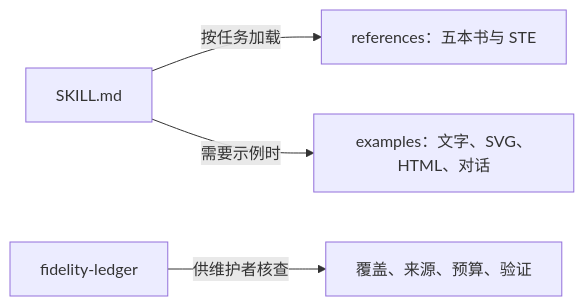
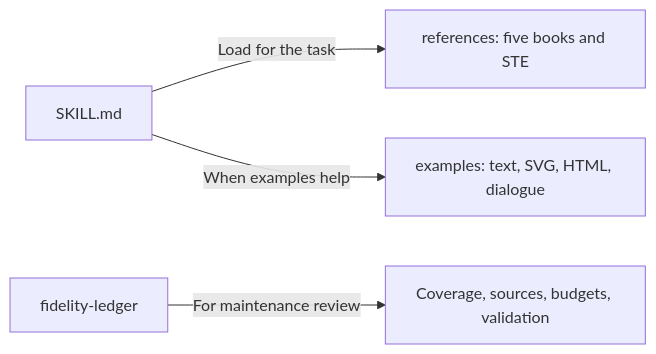
One commit to ariel-lee-1023/Indwell-via-Shared-Discern changed the second of 3 diagrams in README.md. Above: the diagram before and after it, drawn with Mermaid. The commit also changed other lines of this file, not shown here.

````diff
--- a/README.md
+++ b/README.md
@@ -45,8 +47,8 @@
 ```mermaid
 flowchart LR
-    accTitle: 运行资料和维护记录分开
-    accDescr: 主体按任务加载参考和示例，维护记录不参与日常教学。
-    A["SKILL.md"] -->|按任务加载| B["references：五本书与 STE"]
-    A -->|需要示例时| C["examples：文字、SVG、HTML、对话"]
-    D["fidelity-ledger"] -->|供维护者核查| E["覆盖、来源、预算、验证"]
+    accTitle: Runtime material and maintenance records
+    accDescr: The core loads references and examples as needed; maintenance records are separate from everyday teaching.
+    A["SKILL.md"] -->|Load for the task| B["references: five books and STE"]
+    A -->|When examples help| C["examples: text, SVG, HTML, dialogue"]
+    D["fidelity-ledger"] -->|For maintenance review| E["Coverage, sources, budgets, validation"]
 ```
````
